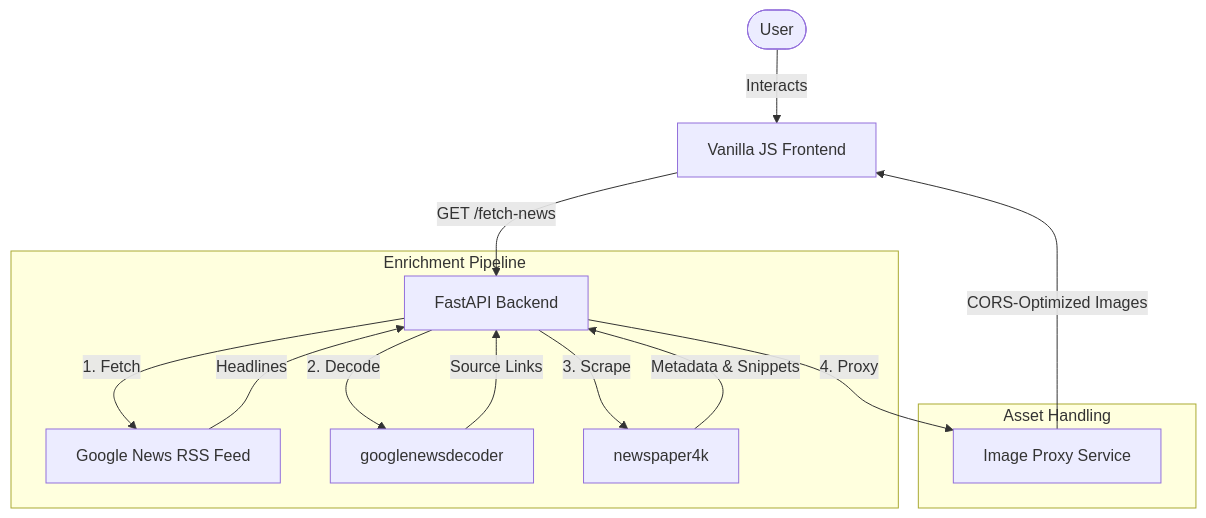
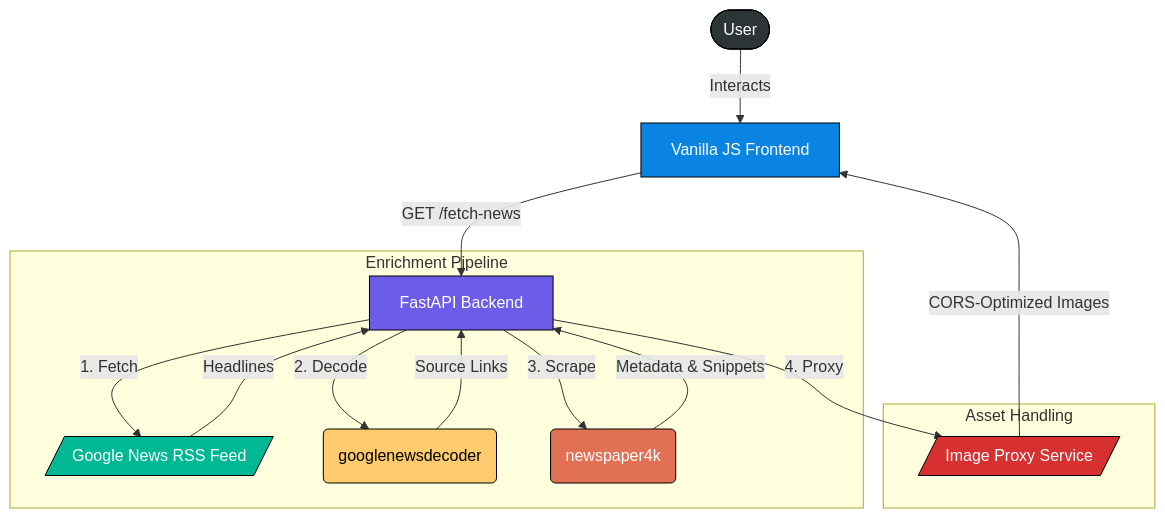
The diagram in README.md (aniketqxp/simple-news-aggregator), drawn with Mermaid before and after one commit.

Commit message:
docs: apply high-fidelity styling to system architecture diagram

````diff
--- a/README.md
+++ b/README.md
@@ -16,20 +16,30 @@
 ```mermaid
 graph TD
-    User([User]) -->|Interacts| Frontend[Vanilla JS Frontend]
-    Frontend -->|GET /fetch-news| Backend[FastAPI Backend]
+    %% Node Definitions
+    U([User]) -->|Interacts| FE[Vanilla JS Frontend]
+    FE -->|GET /fetch-news| BE[FastAPI Backend]
     
     subgraph "Enrichment Pipeline"
-        Backend -->|1. Fetch| RSS[Google News RSS Feed]
-        Backend -->|2. Decode| Decoder[googlenewsdecoder]
-        Backend -->|3. Scrape| Scraper[newspaper4k]
+        BE -->|1. Fetch| RSS[/Google News RSS Feed/]
+        BE -->|2. Decode| DEC(googlenewsdecoder)
+        BE -->|3. Scrape| SCR(newspaper4k)
     end
     
     subgraph "Asset Handling"
-        Backend -->|4. Proxy| Proxy[Image Proxy Service]
+        BE -->|4. Proxy| PRX[/Image Proxy Service/]
     end
     
-    RSS -->|Headlines| Backend
-    Decoder -->|Source Links| Backend
-    Scraper -->|Metadata & Snippets| Backend
-    Proxy -->|CORS-Optimized Images| Frontend
+    RSS -->|Headlines| BE
+    DEC -->|Source Links| BE
+    SCR -->|Metadata & Snippets| BE
+    PRX -->|CORS-Optimized Images| FE
+
+    %% Styling
+    style U fill:#2d3436,stroke:#000,color:#fff
+    style FE fill:#0984e3,stroke:#000,color:#fff
+    style BE fill:#6c5ce7,stroke:#000,color:#fff
+    style RSS fill:#00b894,stroke:#000,color:#fff
+    style DEC fill:#fdcb6e,stroke:#000,color:#000
+    style SCR fill:#e17055,stroke:#000,color:#fff
+    style PRX fill:#d63031,stroke:#000,color:#fff
 ```
````
